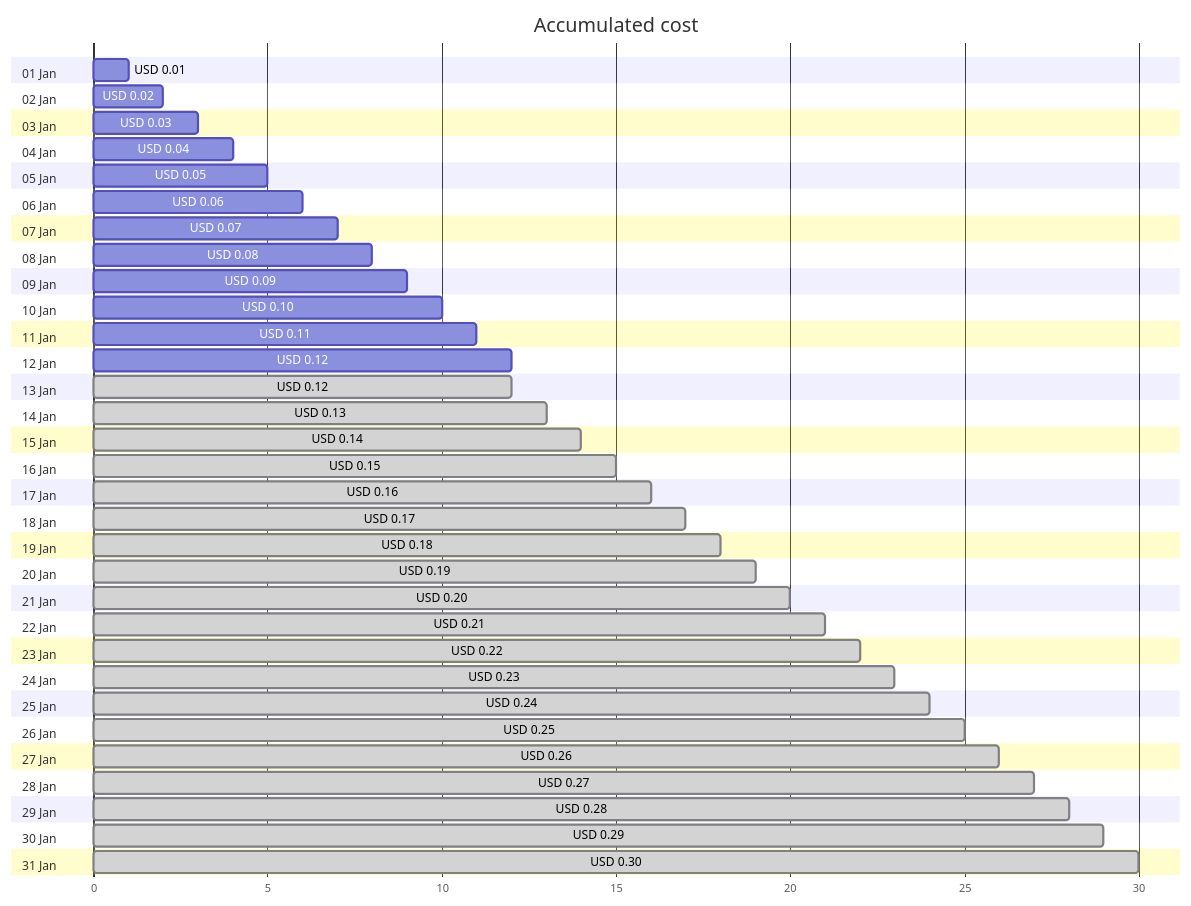
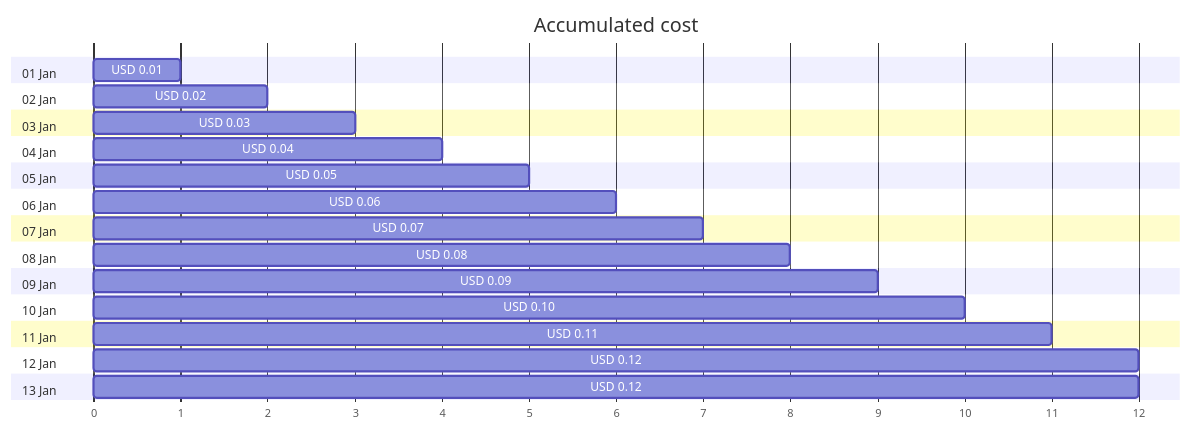
One commit to jpfulton/azure-personal-reports changed the first of 4 diagrams in cost-reports/cloud-shell-storage-eastus/cs2100300008c8d894b.md. Above: the diagram before and after it, drawn with Mermaid. The commit also changed other lines of this file and 1 other file, not shown here.

Commit message:
Generated reports [skip ci]

````diff
--- a/cost-reports/cloud-shell-storage-eastus/cs2100300008c8d894b.md
+++ b/cost-reports/cloud-shell-storage-eastus/cs2100300008c8d894b.md
@@ -20,68 +20,32 @@
 ```mermaid
 gantt
    title Accumulated cost
    dateFormat  X
    axisFormat %s
    section 01 Jan
    USD 0.01 :0, 1
    section 02 Jan
    USD 0.02 :0, 2
    section 03 Jan
    USD 0.03 :0, 3
    section 04 Jan
    USD 0.04 :0, 4
    section 05 Jan
    USD 0.05 :0, 5
    section 06 Jan
    USD 0.06 :0, 6
    section 07 Jan
    USD 0.07 :0, 7
    section 08 Jan
    USD 0.08 :0, 8
    section 09 Jan
    USD 0.09 :0, 9
    section 10 Jan
    USD 0.10 :0, 10
    section 11 Jan
    USD 0.11 :0, 11
    section 12 Jan
    USD 0.12 :0, 12
    section 13 Jan
-   USD 0.12 : done, 0, 12
-   section 14 Jan
-   USD 0.13 : done, 0, 13
-   section 15 Jan
-   USD 0.14 : done, 0, 14
-   section 16 Jan
-   USD 0.15 : done, 0, 15
-   section 17 Jan
-   USD 0.16 : done, 0, 16
-   section 18 Jan
-   USD 0.17 : done, 0, 17
-   section 19 Jan
-   USD 0.18 : done, 0, 18
-   section 20 Jan
-   USD 0.19 : done, 0, 19
-   section 21 Jan
-   USD 0.20 : done, 0, 20
-   section 22 Jan
-   USD 0.21 : done, 0, 21
-   section 23 Jan
-   USD 0.22 : done, 0, 22
-   section 24 Jan
-   USD 0.23 : done, 0, 23
-   section 25 Jan
-   USD 0.24 : done, 0, 24
-   section 26 Jan
-   USD 0.25 : done, 0, 25
-   section 27 Jan
-   USD 0.26 : done, 0, 26
-   section 28 Jan
-   USD 0.27 : done, 0, 27
-   section 29 Jan
-   USD 0.28 : done, 0, 28
-   section 30 Jan
-   USD 0.29 : done, 0, 29
-   section 31 Jan
-   USD 0.30 : done, 0, 30
+   USD 0.12 :0, 12
 ```
````
